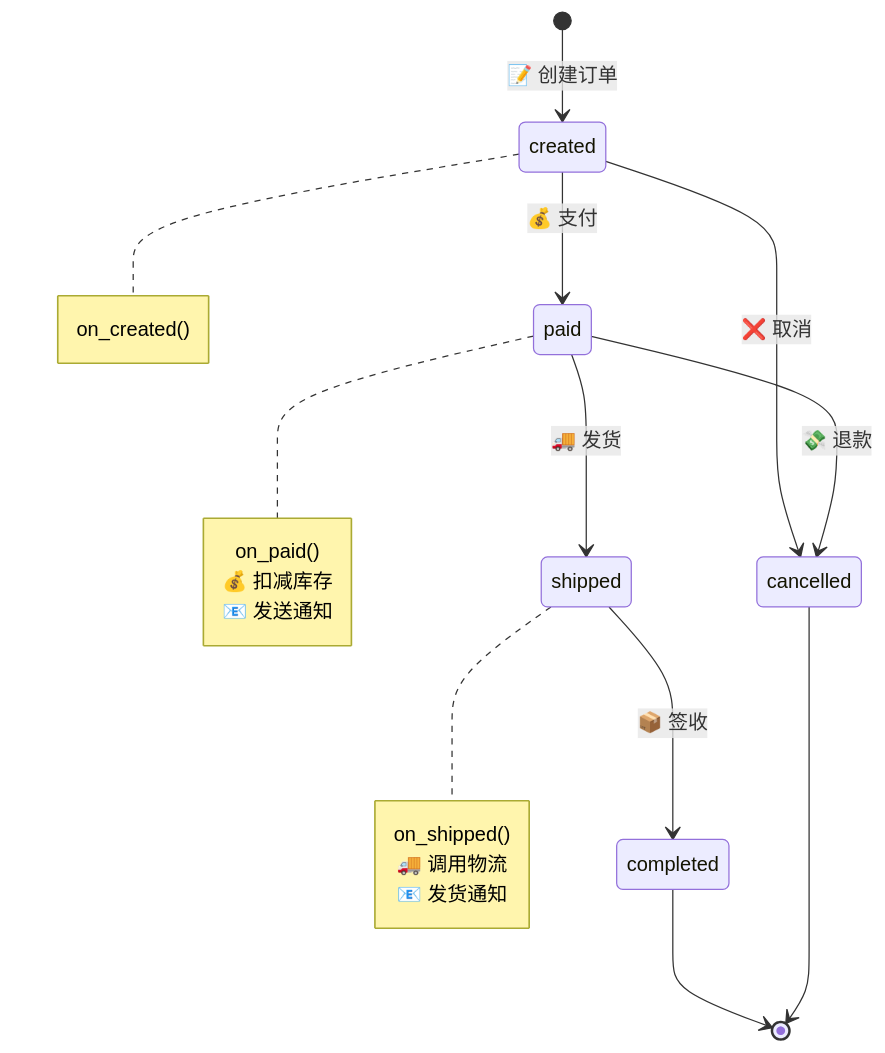
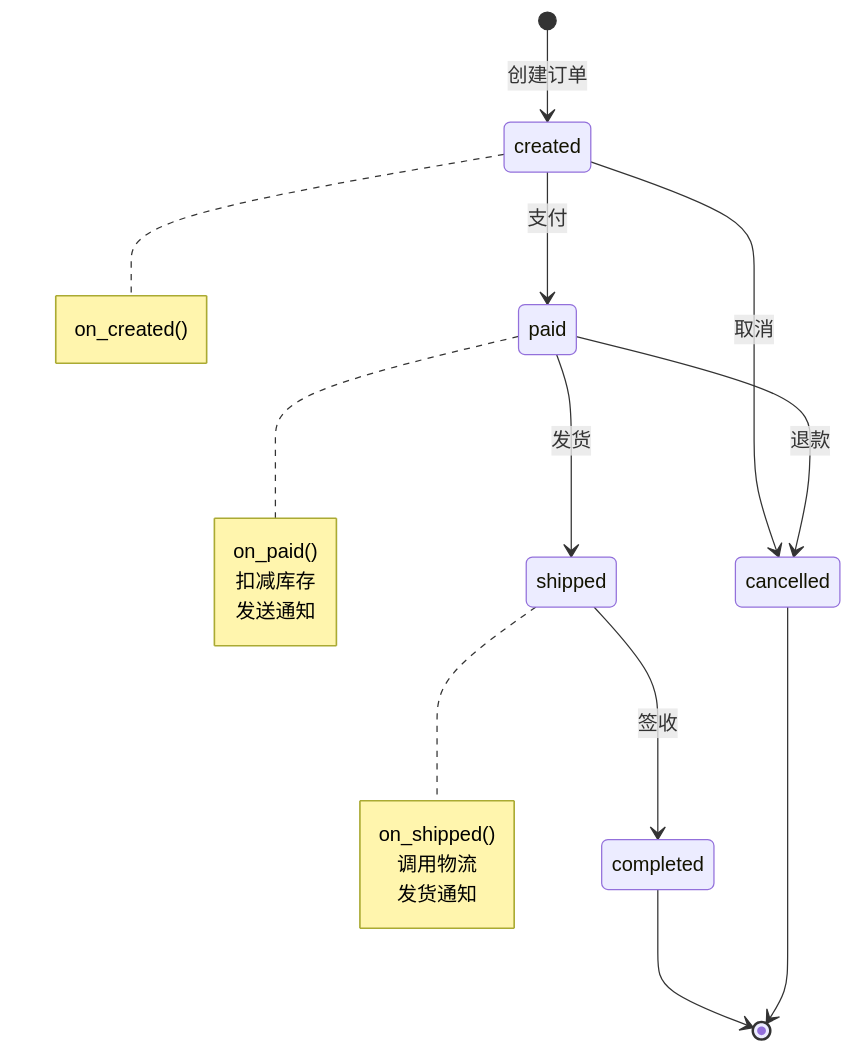
Before and after one commit to YearsAlso/zoo-framework-doc: the third of 7 diagrams in docs/core/statemachine.md, drawn with Mermaid. The commit also changed other lines of this file and 24 other files, not shown here.

First line of the commit message:
docs(site): 站点正式化与内容严肃化，附 bench 报告截图

````diff
--- a/docs/core/statemachine.md
+++ b/docs/core/statemachine.md
@@ -213,31 +213,31 @@
 ```mermaid
 stateDiagram-v2
-    [*] --> created: 📝 创建订单
+    [*] --> created:  创建订单
     
-    created --> paid: 💰 支付
-    created --> cancelled: ❌ 取消
+    created --> paid:  支付
+    created --> cancelled:  取消
     
-    paid --> shipped: 🚚 发货
-    paid --> cancelled: 💸 退款
+    paid --> shipped:  发货
+    paid --> cancelled:  退款
     
-    shipped --> completed: 📦 签收
+    shipped --> completed:  签收
     
     completed --> [*]
     cancelled --> [*]
     
     note right of created
         on_created()
     end note
     
     note right of paid
         on_paid()
-        💰 扣减库存
-        📧 发送通知
+         扣减库存
+         发送通知
     end note
     
     note right of shipped
         on_shipped()
-        🚚 调用物流
-        📧 发货通知
+         调用物流
+         发货通知
     end note
 ```
````
